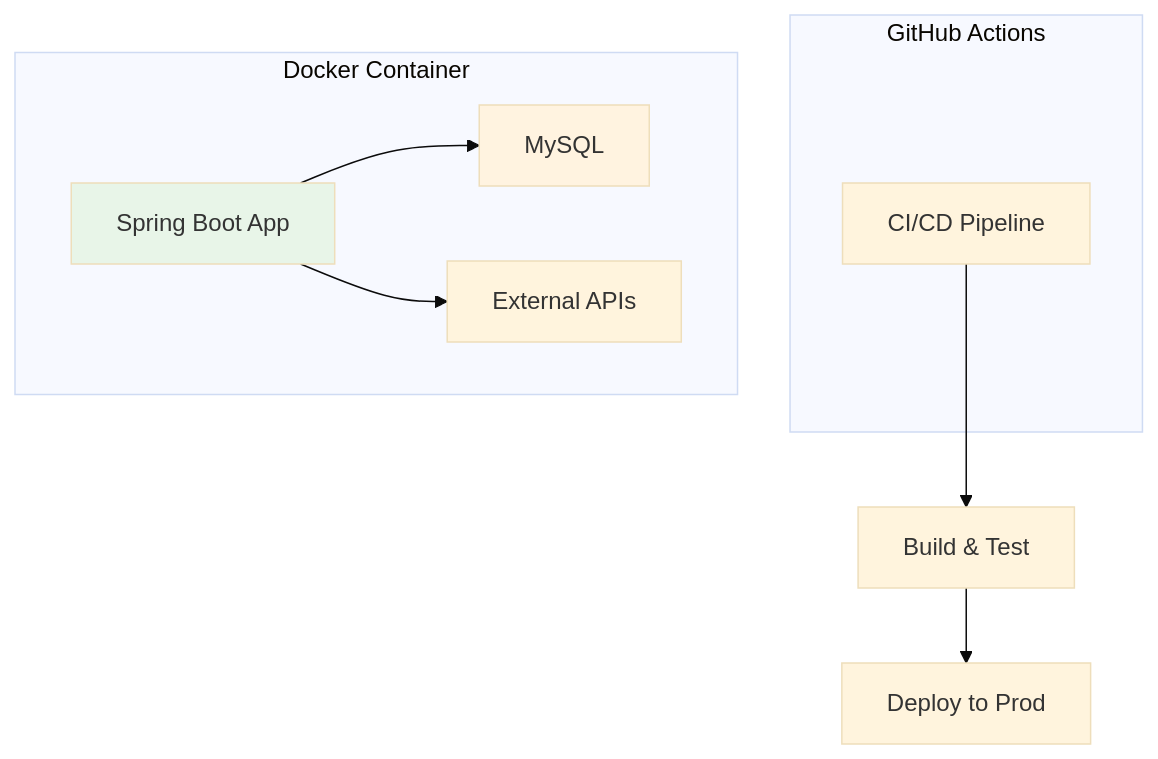
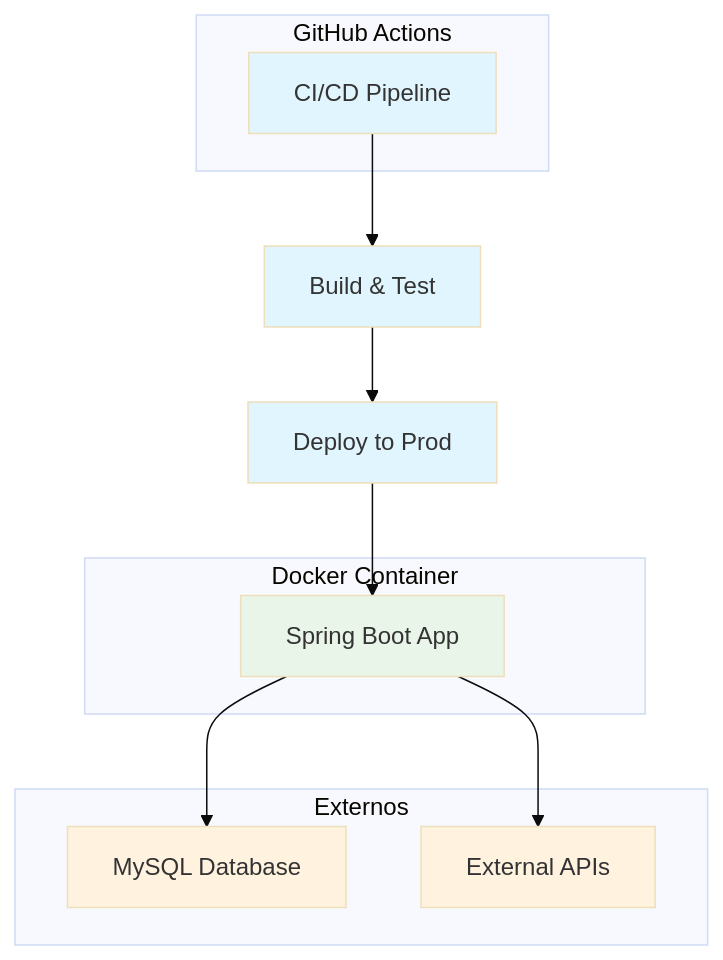
Before and after one commit to UM-services/UM.facultad.core-service: the diagram in docs/diagrams/despliegue-infraestructura.mmd, drawn with Mermaid (base theme). The commit also changed 1 other file, not shown here.

Commit message:
docs(diagrams): corrige y mejora diagramas de infraestructura e inscripción
En flujo-inscripcion.mmd se corrige la consulta de domicilio para usar los ids de personaPago en lugar de los parámetros genéricos. En despliegue-infraestructura.mmd se reestructura el diagrama con subgrafos nombrados y estilos.

```diff
--- a/docs/diagrams/despliegue-infraestructura.mmd
+++ b/docs/diagrams/despliegue-infraestructura.mmd
@@ -1,16 +1,26 @@
 graph TB
-    subgraph "GitHub Actions"
-        A[CI/CD Pipeline]
+    subgraph GH ["GitHub Actions"]
+        A["CI/CD Pipeline"]
     end
 
-    subgraph "Docker Container"
-        B[Spring Boot App]
-        B --> C[MySQL]
-        B --> D[External APIs]
+    subgraph DC ["Docker Container"]
+        B["Spring Boot App"]
     end
 
-    A --> E[Build & Test]
-    E --> F[Deploy to Prod]
+    subgraph EX ["Externos"]
+        C["MySQL Database"]
+        D["External APIs"]
+    end
 
+    A --> E["Build & Test"]
+    E --> F["Deploy to Prod"]
+    F --> B
+    B --> C
+    B --> D
+
+    style A fill:#e1f5fe
+    style E fill:#e1f5fe
+    style F fill:#e1f5fe
     style B fill:#e8f5e8
     style C fill:#fff3e0
+    style D fill:#fff3e0
```
